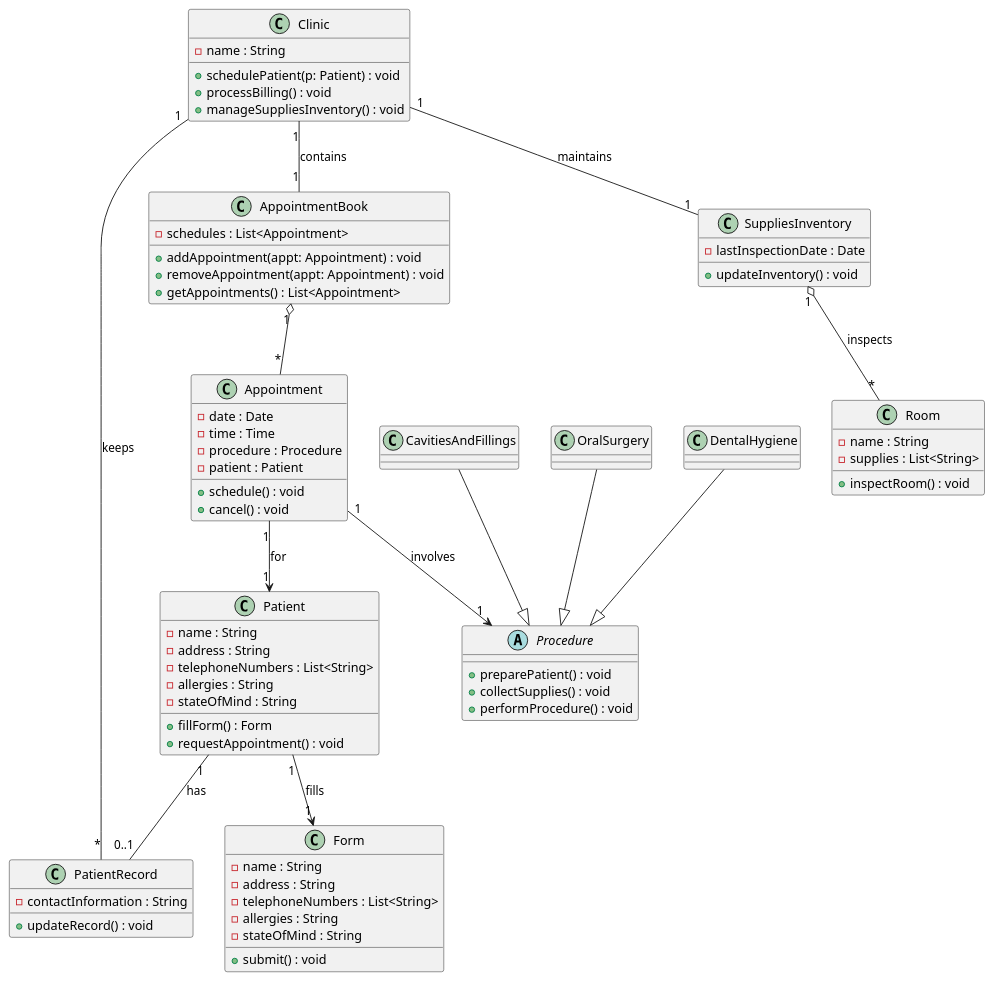
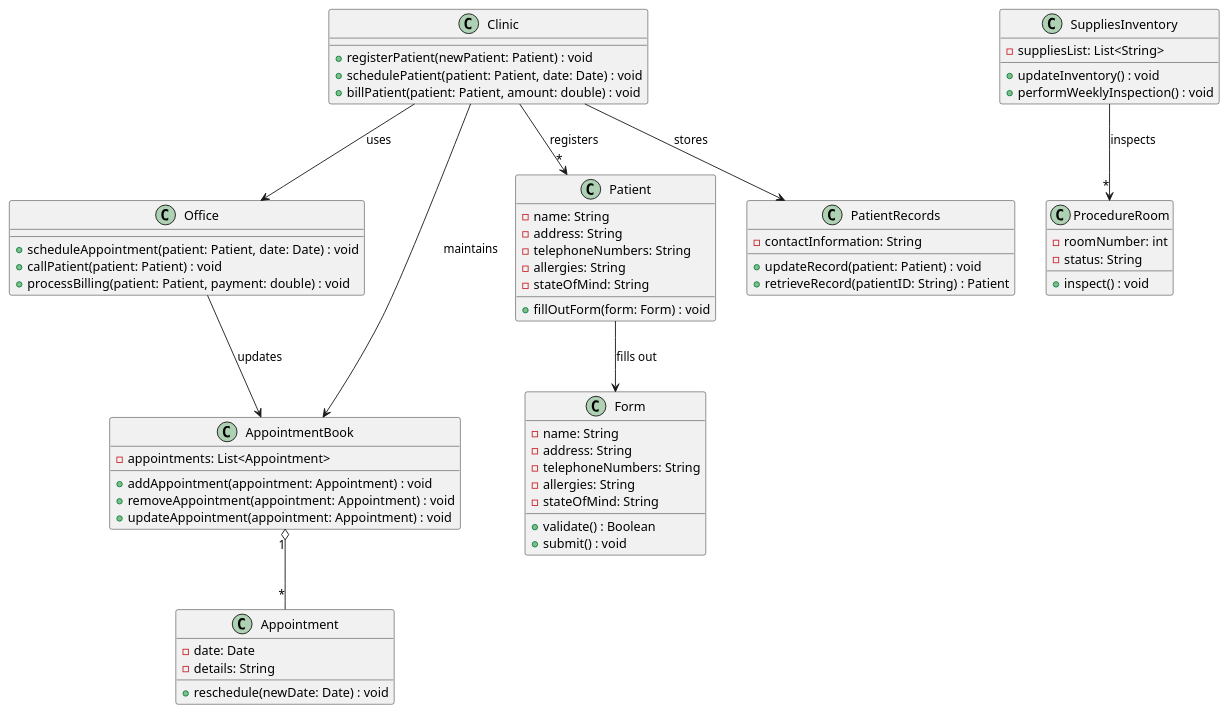
The diagram in survey-ud/gen-r-ent-o3-mini/dental-clinic_class_diagram.puml (RayWP/pfsa-id), drawn with PlantUML before and after one commit. The commit also changed 40 other files, not shown here.

```diff
--- a/survey-ud/gen-r-ent-o3-mini/dental-clinic_class_diagram.puml
+++ b/survey-ud/gen-r-ent-o3-mini/dental-clinic_class_diagram.puml
@@ -1,107 +1,91 @@
 @startuml
 
-' Clinic class aggregates core modules
+'------------------------
+' Clinic System Classes
+'------------------------
+
 class Clinic {
-  - name : String
-  + schedulePatient(p: Patient) : void
-  + processBilling() : void
-  + manageSuppliesInventory() : void
+  +registerPatient(newPatient: Patient) : void
+  +schedulePatient(patient: Patient, date: Date) : void
+  +billPatient(patient: Patient, amount: double) : void
 }
 
-' Patient registration & information
-class Patient {
-  - name : String
-  - address : String
-  - telephoneNumbers : List<String>
-  - allergies : String
-  - stateOfMind : String
-  + fillForm() : Form
-  + requestAppointment() : void
+class Office {
+  +scheduleAppointment(patient: Patient, date: Date) : void
+  +callPatient(patient: Patient) : void
+  +processBilling(patient: Patient, payment: double) : void
 }
 
-' Form used by new patients for registration
-class Form {
-  - name : String
-  - address : String
-  - telephoneNumbers : List<String>
-  - allergies : String
-  - stateOfMind : String
-  + submit() : void
+class Patient {
+  -name: String
+  -address: String
+  -telephoneNumbers: String
+  -allergies: String
+  -stateOfMind: String
+  +fillOutForm(form: Form) : void
 }
 
-' AppointmentBook holds all schedules
-class AppointmentBook {
-  - schedules : List<Appointment>
-  + addAppointment(appt: Appointment) : void
-  + removeAppointment(appt: Appointment) : void
-  + getAppointments() : List<Appointment>
+class Form {
+  -name: String
+  -address: String
+  -telephoneNumbers: String
+  -allergies: String
+  -stateOfMind: String
+  +validate() : Boolean
+  +submit() : void
 }
 
-' Each appointment links a patient and a procedure
-class Appointment {
-  - date : Date
-  - time : Time
-  - procedure : Procedure
-  - patient : Patient
-  + schedule() : void
-  + cancel() : void
+class AppointmentBook {
+  -appointments: List<Appointment>
+  +addAppointment(appointment: Appointment) : void
+  +removeAppointment(appointment: Appointment) : void
+  +updateAppointment(appointment: Appointment) : void
 }
 
-' PatientRecord keeping contact information and history
-class PatientRecord {
-  - contactInformation : String
-  + updateRecord() : void
+class Appointment {
+  -date: Date
+  -details: String
+  +reschedule(newDate: Date) : void
 }
 
-' Abstract Procedure, with concrete procedure types used in appointments
-abstract class Procedure {
-  + preparePatient() : void
-  + collectSupplies() : void
-  + performProcedure() : void
+class PatientRecords {
+  -contactInformation: String
+  +updateRecord(patient: Patient) : void
+  +retrieveRecord(patientID: String) : Patient
 }
 
-' Concrete procedure classes
-class DentalHygiene
-class CavitiesAndFillings
-class OralSurgery
-
-DentalHygiene --|> Procedure
-CavitiesAndFillings --|> Procedure
-OralSurgery --|> Procedure
-
-' SuppliesInventory updated weekly by inspecting procedure rooms
 class SuppliesInventory {
-  - lastInspectionDate : Date
-  + updateInventory() : void
+  -suppliesList: List<String>
+  +updateInventory() : void
+  +performWeeklyInspection() : void
 }
 
-' Rooms holding supplies for procedures
-class Room {
-  - name : String
-  - supplies : List<String>
-  + inspectRoom() : void
+class ProcedureRoom {
+  -roomNumber: int
+  -status: String
+  +inspect() : void
 }
 
-' Relationships
-' A Clinic has an AppointmentBook, manages SuppliesInventory, and keeps PatientRecords
-Clinic "1" -- "1" AppointmentBook : contains
-Clinic "1" -- "1" SuppliesInventory : maintains
-Clinic "1" -- "*" PatientRecord : keeps
+'------------------------
+' Relationships between Classes
+'------------------------
 
-' AppointmentBook aggregates many Appointments
+' Clinic aggregates core components
+Clinic --> Office : uses
+Clinic --> AppointmentBook : maintains
+Clinic --> PatientRecords : stores
+Clinic --> "*" Patient : registers
+
+' Patient uses a Form to be registered
+Patient --> Form : "fills out"
+
+' AppointmentBook is composed of Appointments
 AppointmentBook "1" o-- "*" Appointment
 
-' Each Appointment is associated with one Patient and one Procedure
-Appointment "1" --> "1" Patient : for
-Appointment "1" --> "1" Procedure : involves
+' Office schedules appointments into the AppointmentBook
+Office --> AppointmentBook : "updates"
 
-' A Patient fills out a Form during registration
-Patient "1" --> "1" Form : fills
-
-' A Patient has (or is linked to) a PatientRecord
-Patient "1" -- "0..1" PatientRecord : has
-
-' SuppliesInventory inspects multiple Rooms
-SuppliesInventory "1" o-- "*" Room : inspects
+' SuppliesInventory inspects several ProcedureRooms
+SuppliesInventory --> "*" ProcedureRoom : "inspects"
 
 @enduml
```
